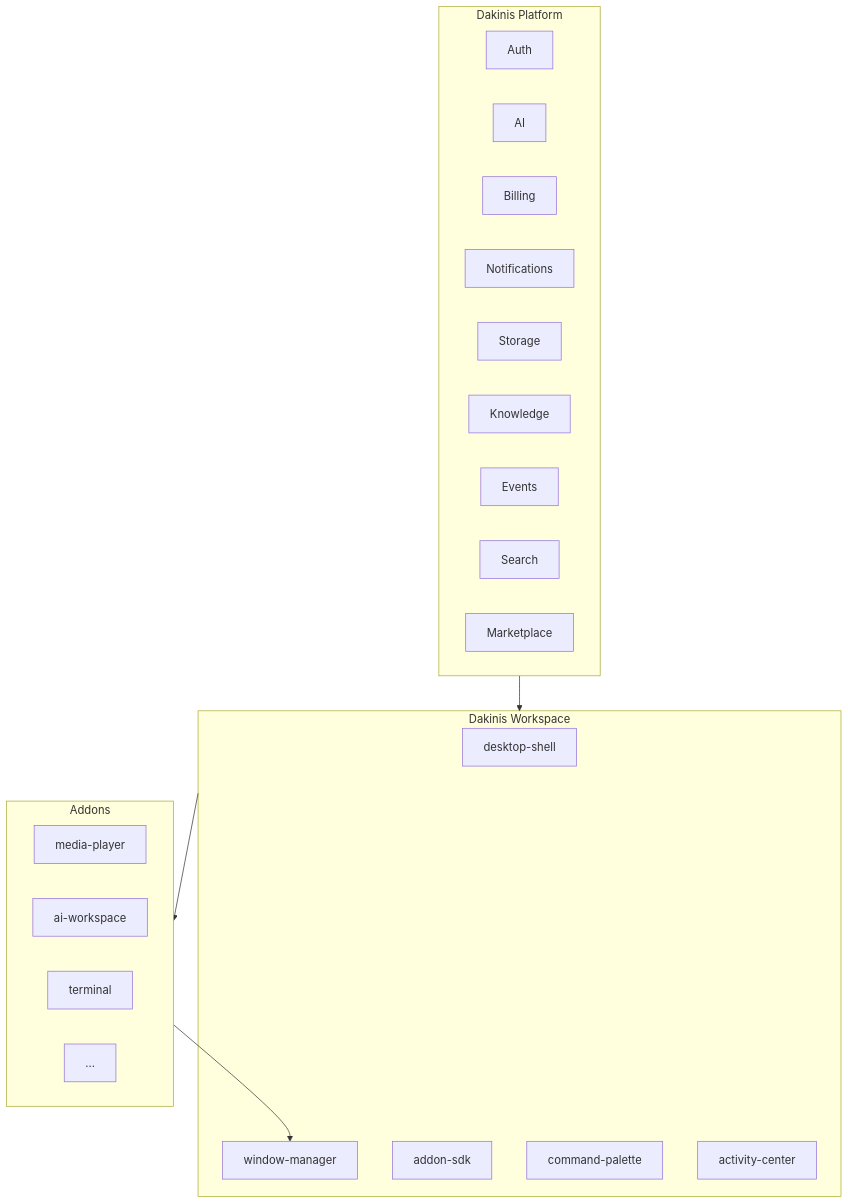
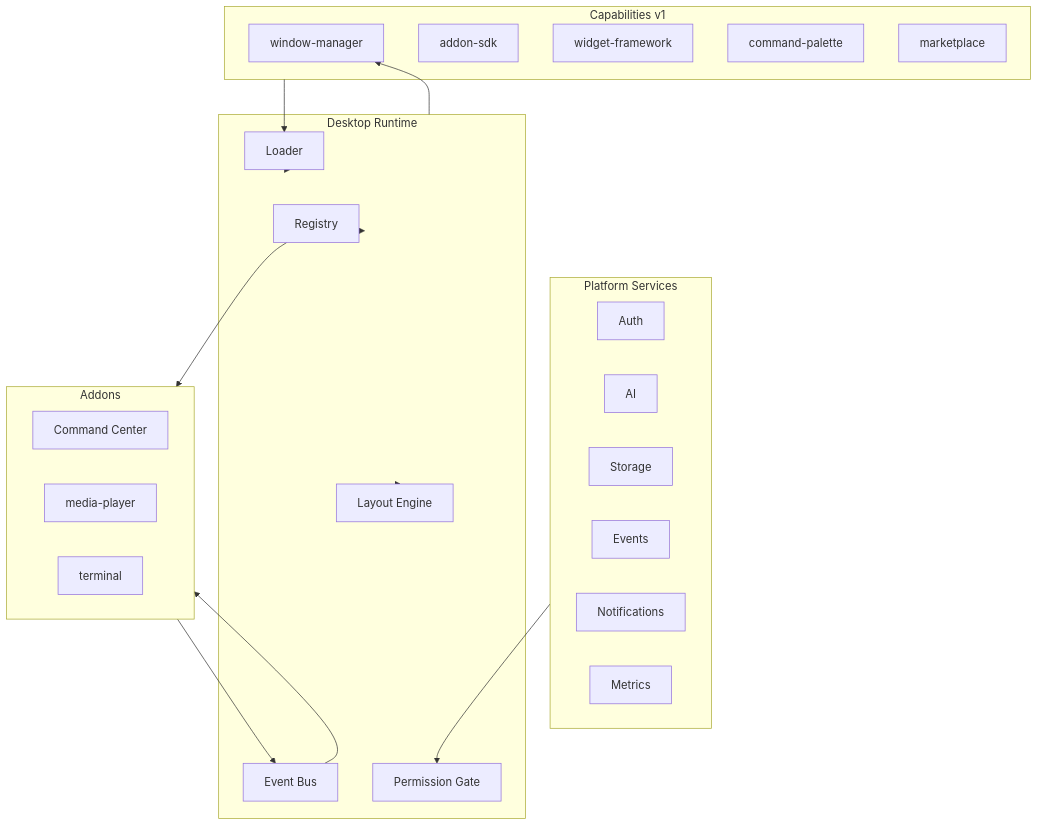
Before and after one commit to dakinissystems/dakinis-systems: the diagram in projects/workspace/docs/ARCHITECTURE.md, drawn with Mermaid. The commit also changed other lines of this file and 105 other files, not shown here.

First line of the commit message:
feat(workspace): capabilities-first tiers, system addons and migration 036

````diff
--- a/projects/workspace/docs/ARCHITECTURE.md
+++ b/projects/workspace/docs/ARCHITECTURE.md
@@ -14,33 +31,43 @@
 ```mermaid
 flowchart TB
-  subgraph platform [Dakinis Platform]
+  subgraph platform [Platform Services]
     Auth
     AI
-    Billing
+    Storage
+    Events
     Notifications
-    Storage
-    Knowledge
-    Events
-    Search
-    Marketplace
+    Metrics
   end
 
-  subgraph workspace [Dakinis Workspace]
-    Shell[desktop-shell]
+  subgraph capabilities [Capabilities v1]
     WM[window-manager]
     SDK[addon-sdk]
+    WF[widget-framework]
     CP[command-palette]
-    AC[activity-center]
+    MPcap[marketplace]
+  end
+
+  subgraph runtime [Desktop Runtime]
+    Loader
+    Registry
+    Bus[Event Bus]
+    Perm[Permission Gate]
+    Layout[Layout Engine]
   end
 
   subgraph addons [Addons]
-    MP[media-player]
-    AIW[ai-workspace]
-    TERM[terminal]
-    More[...]
+    CC[Command Center]
+    Media[media-player]
+    Term[terminal]
   end
 
-  platform --> workspace
-  workspace --> addons
-  addons --> WM
+  platform --> Perm
+  capabilities --> Loader
+  Loader --> runtime
+  runtime --> Registry
+  Registry --> addons
+  addons --> Bus
+  Bus --> addons
+  runtime --> WM
+  runtime --> Layout
 ```
````
